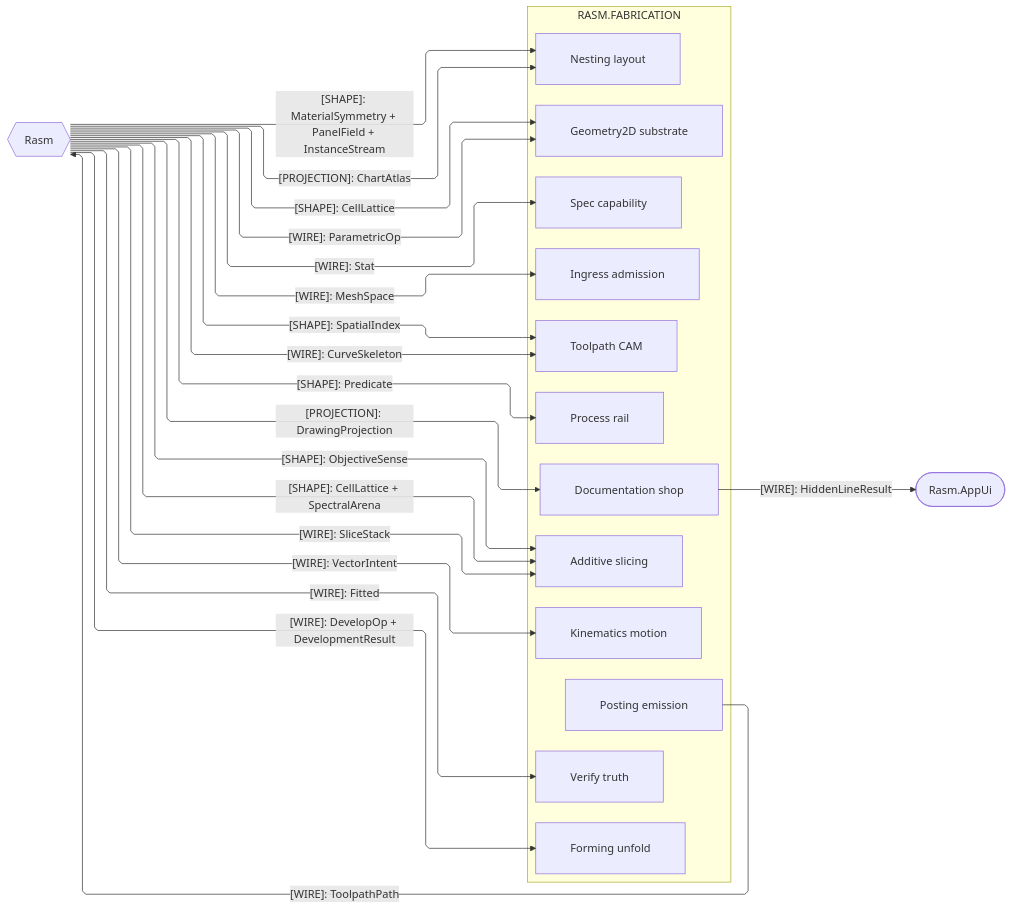
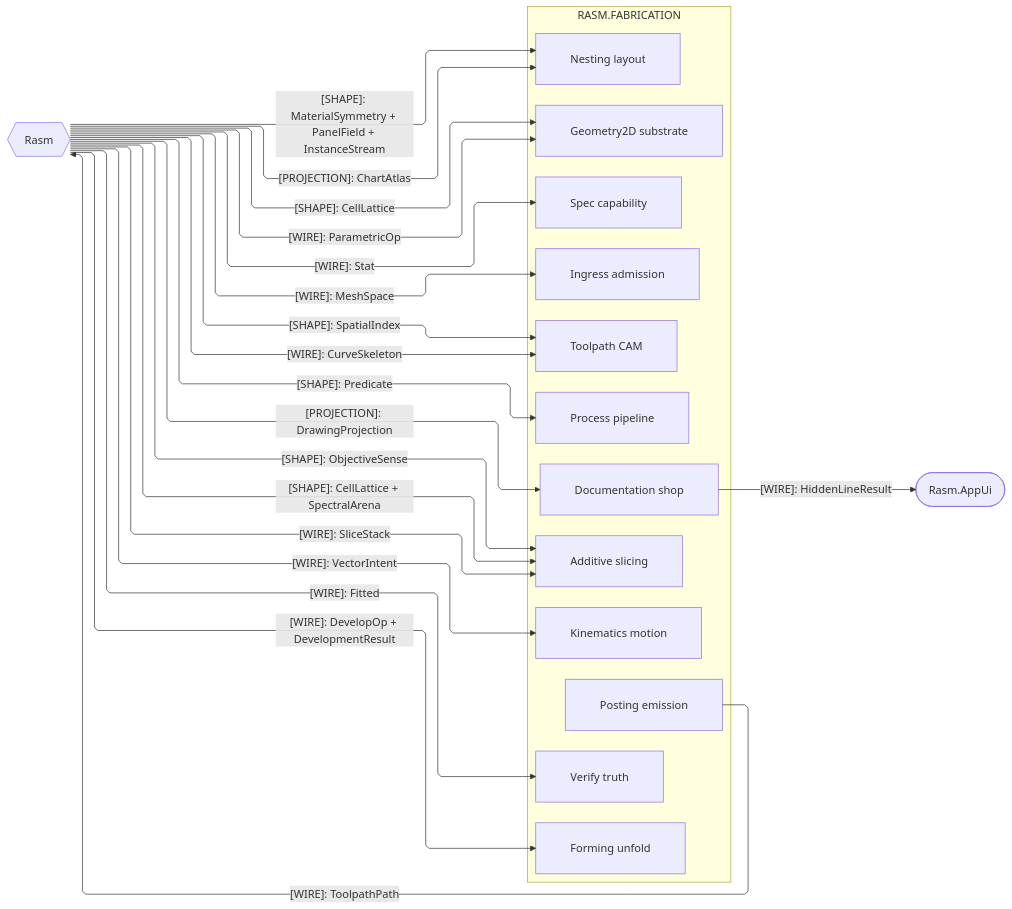
One commit to bsamiee/Rasm changed the third of 4 diagrams in libs/dotnet/Rasm.Fabrication/ARCHITECTURE.md. Above: the diagram before and after it, drawn with Mermaid. The commit also changed other lines of this file and 1997 other files, not shown here.

````diff
--- a/libs/dotnet/Rasm.Fabrication/ARCHITECTURE.md
+++ b/libs/dotnet/Rasm.Fabrication/ARCHITECTURE.md
@@ -225,46 +225,46 @@
 ```mermaid
 ---
 config:
   layout: elk
   flowchart:
     curve: linear
     padding: 25
 ---
 flowchart LR
-    accTitle: Fabrication kernel and platform seams
+    accTitle: Fabrication kernel and platform interfaces
     accDescr: Which contracts cross between Fabrication, the kernel substrate, and the app-platform UI, one labeled edge per family.
     subgraph fabrication[RASM.FABRICATION]
-        Process[Process rail]
+        Process[Process pipeline]
         Ingress[Ingress admission]
         Geometry2D[Geometry2D substrate]
         Toolpath[Toolpath CAM]
         Additive[Additive slicing]
         Forming[Forming unfold]
         Kinematics[Kinematics motion]
         Nesting[Nesting layout]
         Spec[Spec capability]
         Verify[Verify truth]
         Documentation[Documentation shop]
         Posting[Posting emission]
     end
     Rasm{{Rasm}}
     AppUi([Rasm.AppUi])
     Rasm e1@-->|"[SHAPE]: Predicate"| Process
     Rasm e2@-->|"[WIRE]: MeshSpace"| Ingress
     Rasm e3@-->|"[WIRE]: ParametricOp"| Geometry2D
     Rasm e4@-->|"[WIRE]: CurveSkeleton"| Toolpath
     Rasm e5@-->|"[WIRE]: SliceStack"| Additive
     Rasm e6@-->|"[WIRE]: DevelopOp + DevelopmentResult"| Forming
     Rasm e7@-->|"[WIRE]: VectorIntent"| Kinematics
     Rasm e8@-->|"[PROJECTION]: ChartAtlas"| Nesting
     Rasm e9@-->|"[WIRE]: Stat"| Spec
     Rasm e10@-->|"[WIRE]: Fitted"| Verify
     Rasm e11@-->|"[PROJECTION]: DrawingProjection"| Documentation
     Posting e12@-->|"[WIRE]: ToolpathPath"| Rasm
     Documentation e13@-->|"[WIRE]: HiddenLineResult"| AppUi
     Rasm e14@-->|"[SHAPE]: SpatialIndex"| Toolpath
     Rasm e15@-->|"[SHAPE]: CellLattice + SpectralArena"| Additive
     Rasm e16@-->|"[SHAPE]: CellLattice"| Geometry2D
     Rasm e17@-->|"[SHAPE]: ObjectiveSense"| Additive
     Rasm e18@-->|"[SHAPE]: MaterialSymmetry + PanelField + InstanceStream"| Nesting
 ```
````
